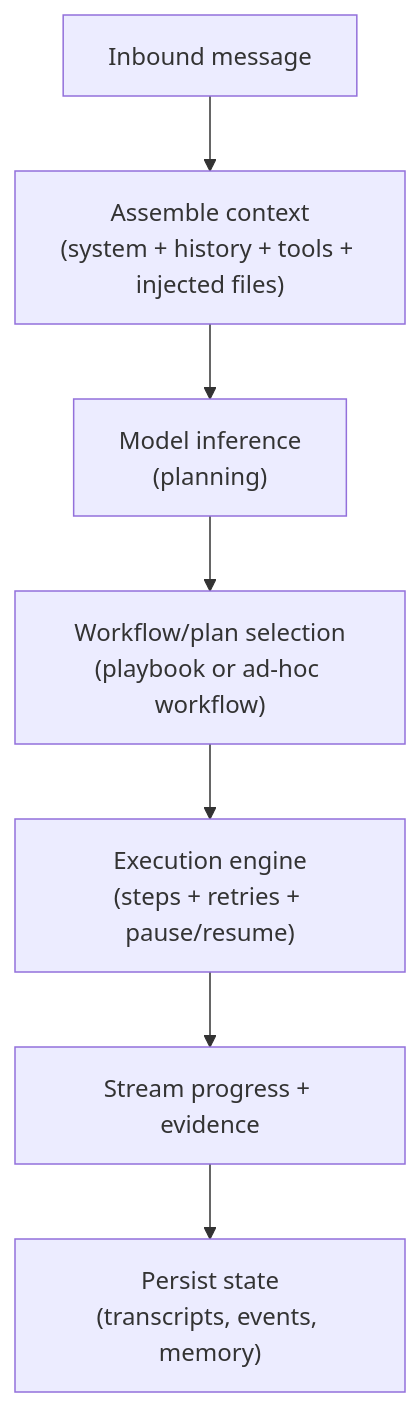
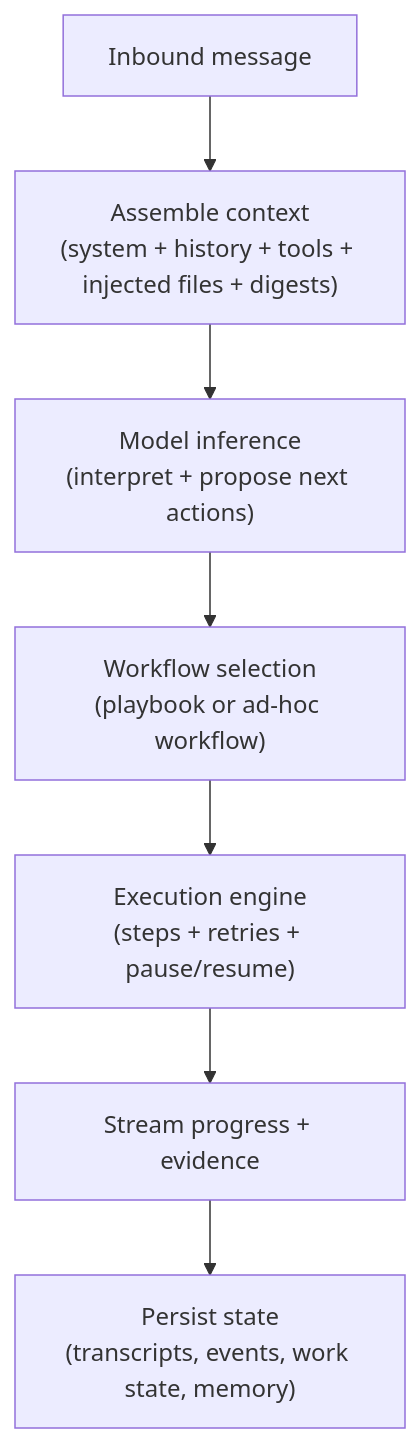
Before and after one commit to tyrumai/tyrum: the diagram in docs/architecture/agent-loop.md, drawn with Mermaid. The commit also changed other lines of this file and 13 other files, not shown here.

````diff
--- a/docs/architecture/agent-loop.md
+++ b/docs/architecture/agent-loop.md
@@ -7,9 +7,9 @@
 ```mermaid
 flowchart TB
-  IN["Inbound message"] --> ASM["Assemble context<br/>(system + history + tools + injected files)"]
-  ASM --> INF["Model inference<br/>(planning)"]
-  INF --> WF["Workflow/plan selection<br/>(playbook or ad-hoc workflow)"]
+  IN["Inbound message"] --> ASM["Assemble context<br/>(system + history + tools + injected files + digests)"]
+  ASM --> INF["Model inference<br/>(interpret + propose next actions)"]
+  INF --> WF["Workflow selection<br/>(playbook or ad-hoc workflow)"]
   WF --> ENG["Execution engine<br/>(steps + retries + pause/resume)"]
   ENG --> OUT["Stream progress + evidence"]
-  OUT --> PERSIST["Persist state<br/>(transcripts, events, memory)"]
+  OUT --> PERSIST["Persist state<br/>(transcripts, events, work state, memory)"]
 ```
````
